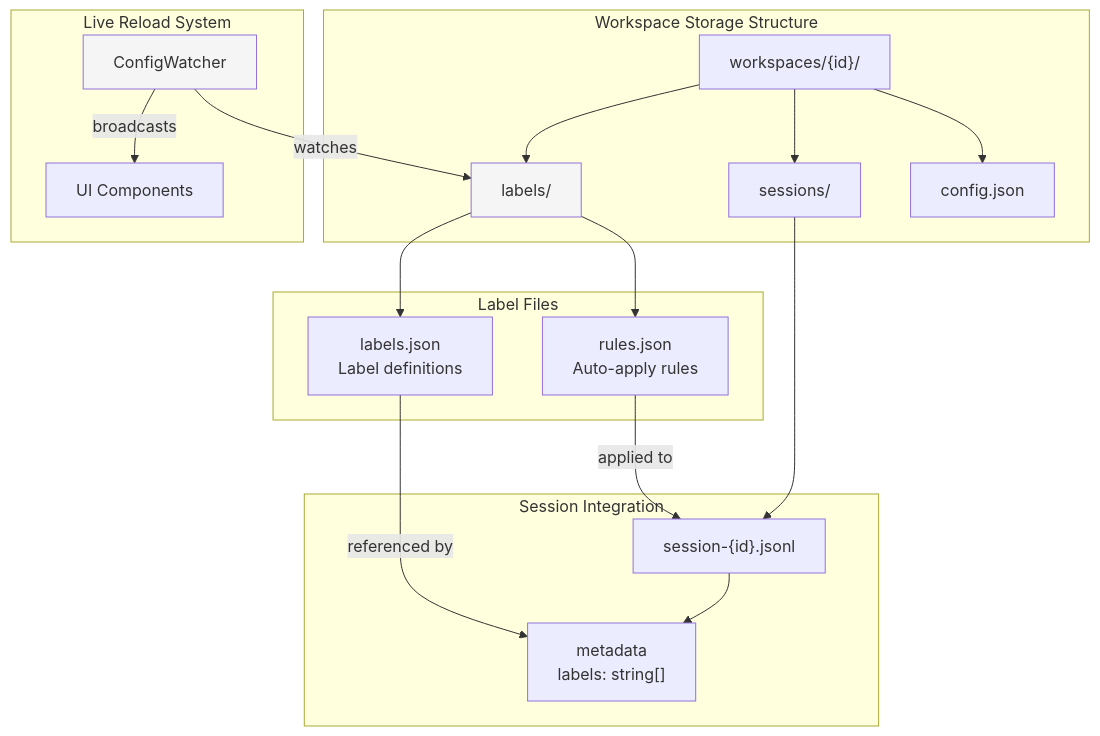
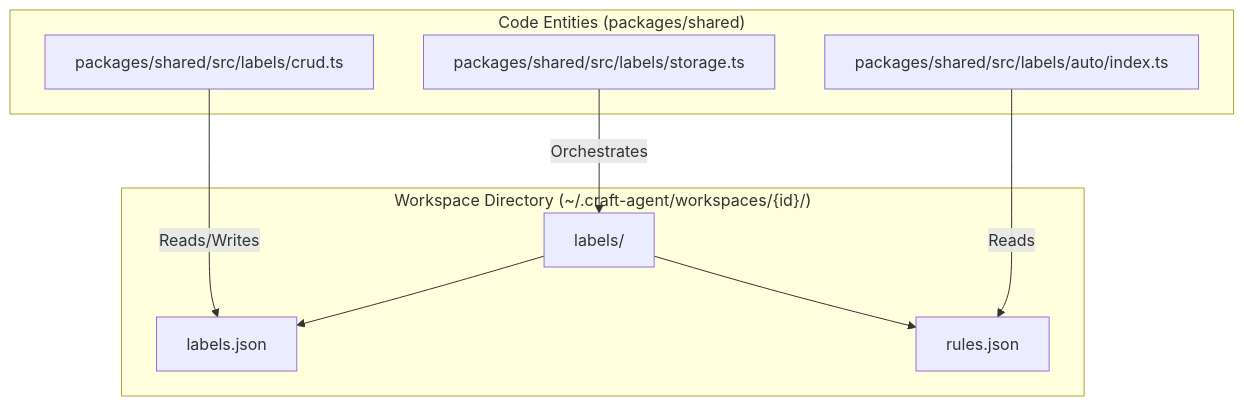
The second of 3 diagrams in docs/lukilabs_craft-agents-oss/core-concepts/labels.md (blackcater/zentree), drawn with Mermaid before and after one commit. The commit also changed other lines of this file and 232 other files, not shown here.

````diff
--- a/docs/lukilabs_craft-agents-oss/core-concepts/labels.md
+++ b/docs/lukilabs_craft-agents-oss/core-concepts/labels.md
@@ -41,31 +83,18 @@
 ```mermaid
 graph TB
-    subgraph "Workspace Storage Structure"
-        WSRoot["workspaces/{id}/"]
-        WSRoot --> LabelsDir["labels/"]
-        WSRoot --> Sessions["sessions/"]
-        WSRoot --> WSConfig["config.json"]
+    subgraph "Workspace Directory (~/.craft-agent/workspaces/{id}/)"
+        LabelsDir["labels/"]
+        LabelsDir --> LabelFile["labels.json"]
+        LabelsDir --> RulesFile["rules.json"]
     end
-
-    subgraph "Label Files"
-        LabelsDir --> LabelConfig["labels.json<br/>Label definitions"]
-        LabelsDir --> RulesConfig["rules.json<br/>Auto-apply rules"]
+    
+    subgraph "Code Entities (packages/shared)"
+        CRUD["packages/shared/src/labels/crud.ts"]
+        Storage["packages/shared/src/labels/storage.ts"]
+        Auto["packages/shared/src/labels/auto/index.ts"]
     end
-
-    subgraph "Session Integration"
-        Sessions --> SessionFile["session-{id}.jsonl"]
-        SessionFile --> Metadata["metadata<br/>labels: string[]"]
-    end
-
-    subgraph "Live Reload System"
-        CW["ConfigWatcher"]
-        CW -->|watches| LabelsDir
-        CW -->|broadcasts| UIUpdate["UI Components"]
-    end
-
-    LabelConfig -->|referenced by| Metadata
-    RulesConfig -->|applied to| SessionFile
-
-    style LabelsDir fill:#f5f5f5
-    style CW fill:#f5f5f5
+    
+    CRUD -->|Reads/Writes| LabelFile
+    Auto -->|Reads| RulesFile
+    Storage -->|Orchestrates| LabelsDir
 ```
````
